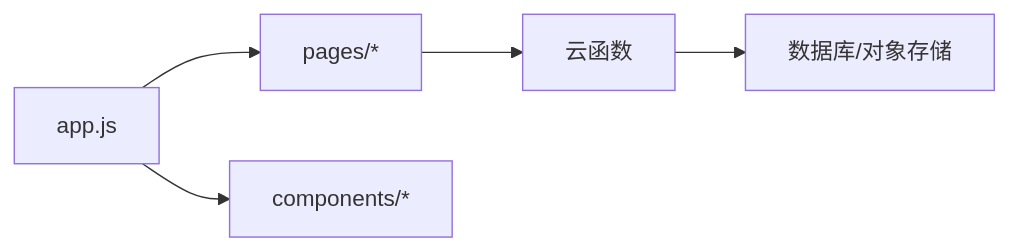
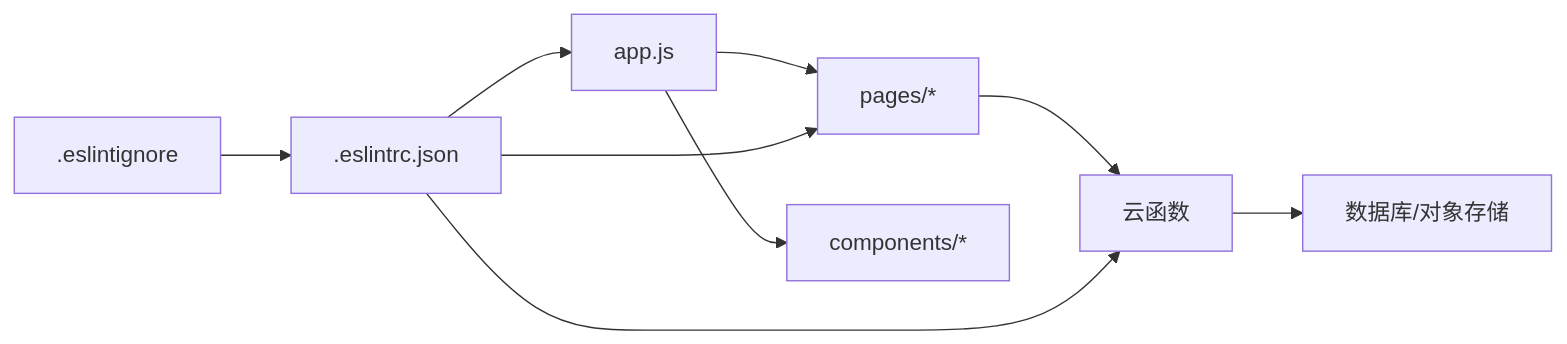
The sixth of 6 diagrams in .qoder/repowiki/zh/content/开发指南/代码规范.md (cwb7756/bio), drawn with Mermaid before and after one commit. The commit also changed other lines of this file and 45 other files, not shown here.

````diff
--- a/.qoder/repowiki/zh/content/开发指南/代码规范.md
+++ b/.qoder/repowiki/zh/content/开发指南/代码规范.md
@@ -231,7 +262,11 @@
 ```mermaid
 graph LR
 App["app.js"] --> Pages["pages/*"]
 App --> Components["components/*"]
 Pages --> Cloud["云函数"]
 Cloud --> Storage["数据库/对象存储"]
+ESLint[".eslintrc.json"] --> App
+ESLint --> Pages
+ESLint --> Cloud
+Ignore[".eslintignore"] --> ESLint
 ```
````
